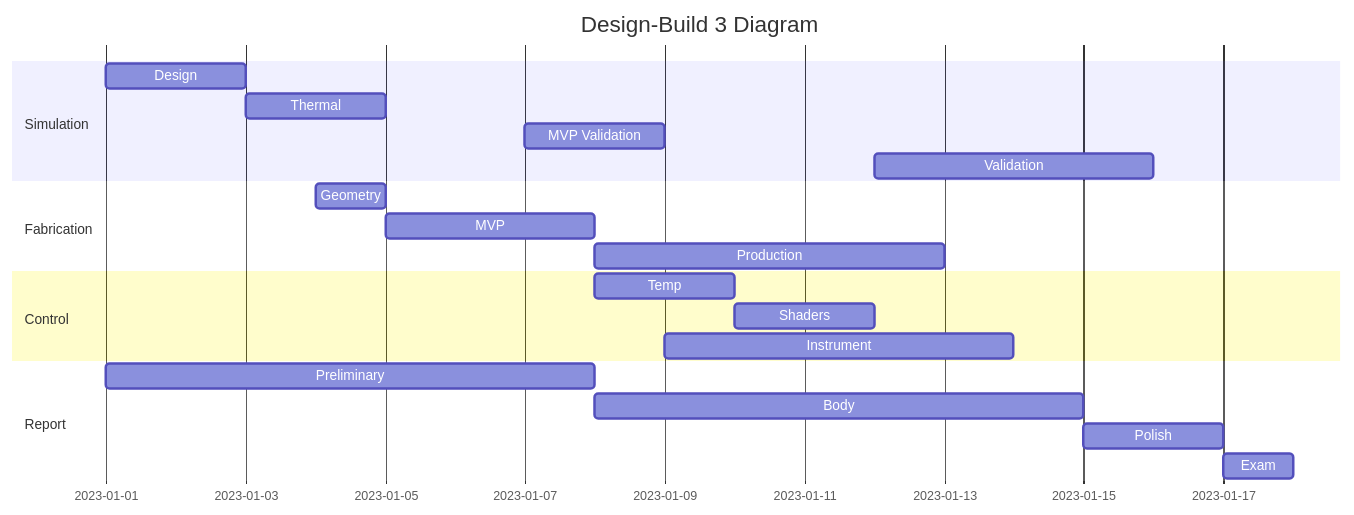
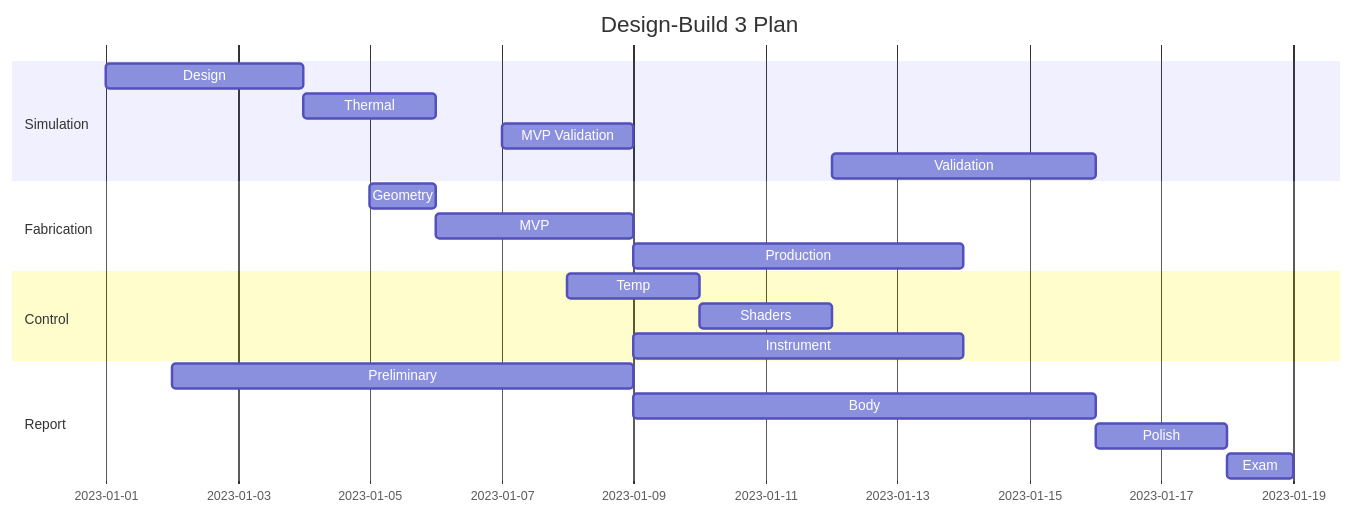
The diagram in design/plan.qmd (so-rose/dtu-solar-cooker), drawn with Mermaid before and after one commit. The commit also changed other lines of this file and 3 other files, not shown here.

````diff
--- a/design/plan.qmd
+++ b/design/plan.qmd
@@ -38,23 +39,23 @@
 ```{mermaid}
 gantt
-    title Design-Build 3 Diagram
+    title Design-Build 3 Plan
     dateFormat YYYY-MM-DD
     section Simulation
-        Design :2023-01-01, 2d
+        Design :2023-01-01, 3d
         Thermal :2d
         MVP Validation :2023-01-07, 2d
         Validation :2023-01-12, 4d
     section Fabrication
-        Geometry :2023-01-04, 1d
+        Geometry :2023-01-05, 1d
         MVP :3d
         Production :5d
     section Control
         Temp :2023-01-08, 2d
         Shaders :2d
         Instrument :2023-01-09, 5d
     section Report
-        Preliminary :2023-01-01, 7d
+        Preliminary :2023-01-02, 7d
         Body :7d
         Polish :2d
         Exam :1d
 ```
````
